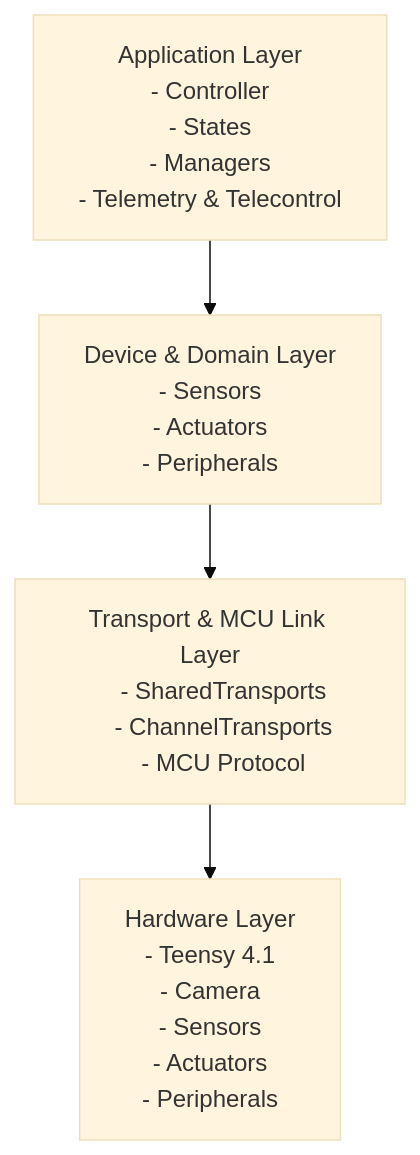
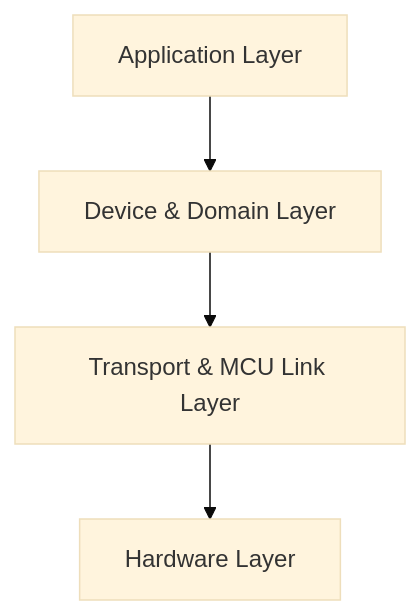
Before and after one commit to vmsantosg01/mermaid: the second of 14 diagrams in README.md, drawn with Mermaid (base theme). The commit also changed other lines of this file, not shown here.

````diff
--- a/README.md
+++ b/README.md
@@ -155,28 +35,9 @@
 ```mermaid
-flowchart TB
+flowchart TD
+    A[Application Layer]
+    B[Device & Domain Layer]
+    C[Transport & MCU Link Layer]
+    D[Hardware Layer]
 
-    App["Application Layer
-    - Controller
-    - States
-    - Managers
-    - Telemetry & Telecontrol"] 
-
-    Domain["Device & Domain Layer
-    - Sensors
-    - Actuators
-    - Peripherals"] 
-
-    Transport["Transport & MCU Link Layer
-    - SharedTransports
-    - ChannelTransports
-    - MCU Protocol"] 
-
-    HW["Hardware Layer
-    - Teensy 4.1
-    - Camera
-    - Sensors
-    - Actuators
-    - Peripherals"] 
-
-    App --> Domain --> Transport --> HW
+    A --> B --> C --> D
 ```
````
